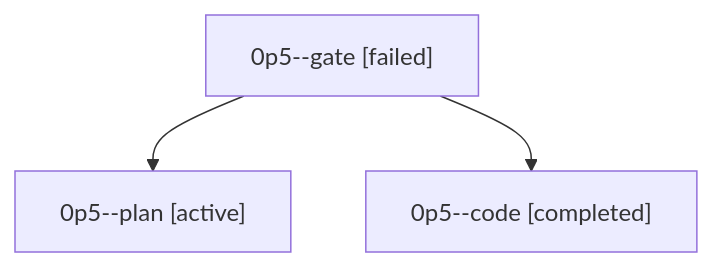
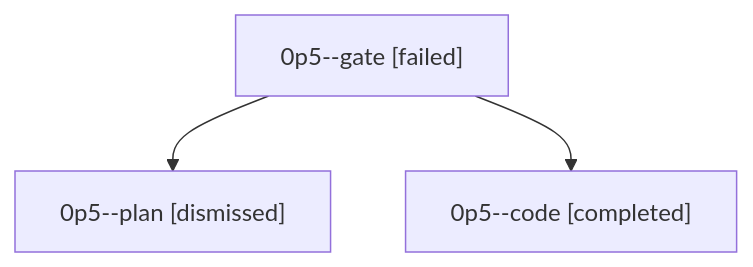
The diagram in sessions/bbugyi200.athena.0p5.md (sase-org/sase--agents), drawn with Mermaid before and after one commit. The commit also changed other lines of this file and 30 other files, not shown here.

````diff
--- a/sessions/bbugyi200.athena.0p5.md
+++ b/sessions/bbugyi200.athena.0p5.md
@@ -9,8 +9,8 @@
 ```mermaid
 flowchart TD
   n0["0p5--gate [failed]"]
-  n1["0p5--plan [active]"]
+  n1["0p5--plan [dismissed]"]
   n0 --> n1
   n2["0p5--code [completed]"]
   n0 --> n2
 ```
````
